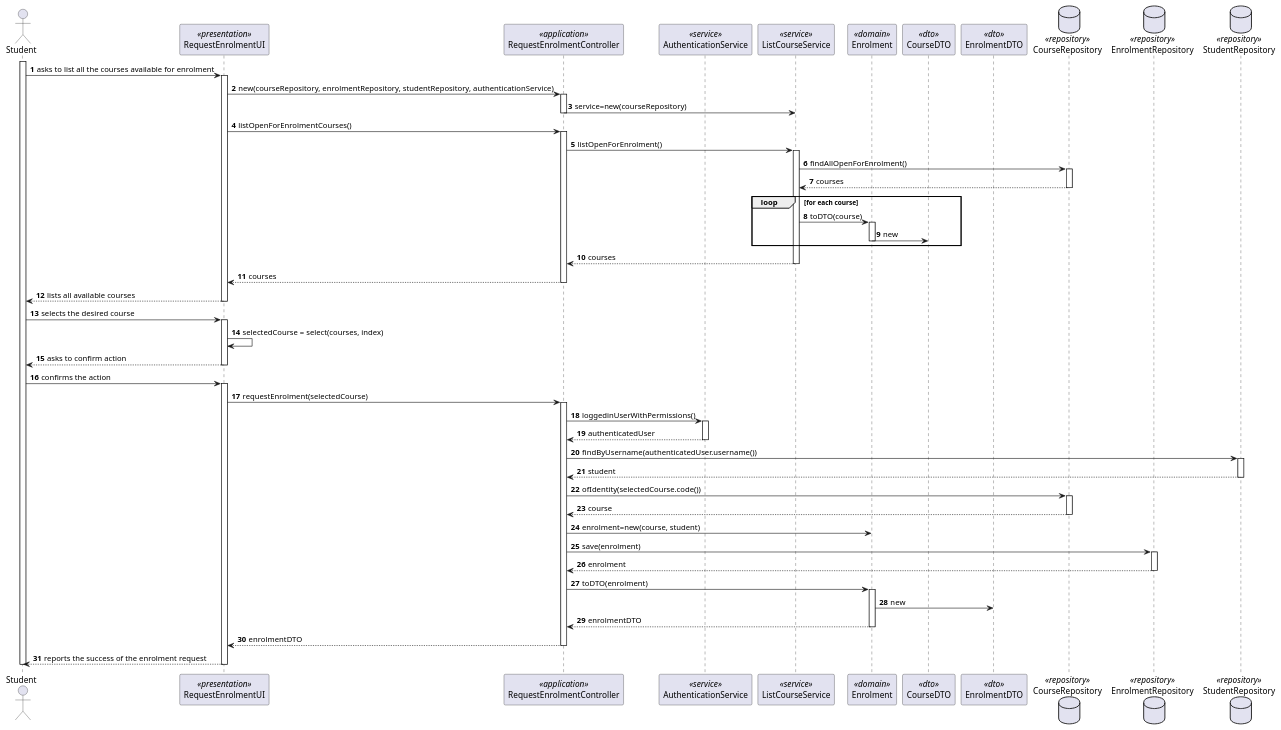
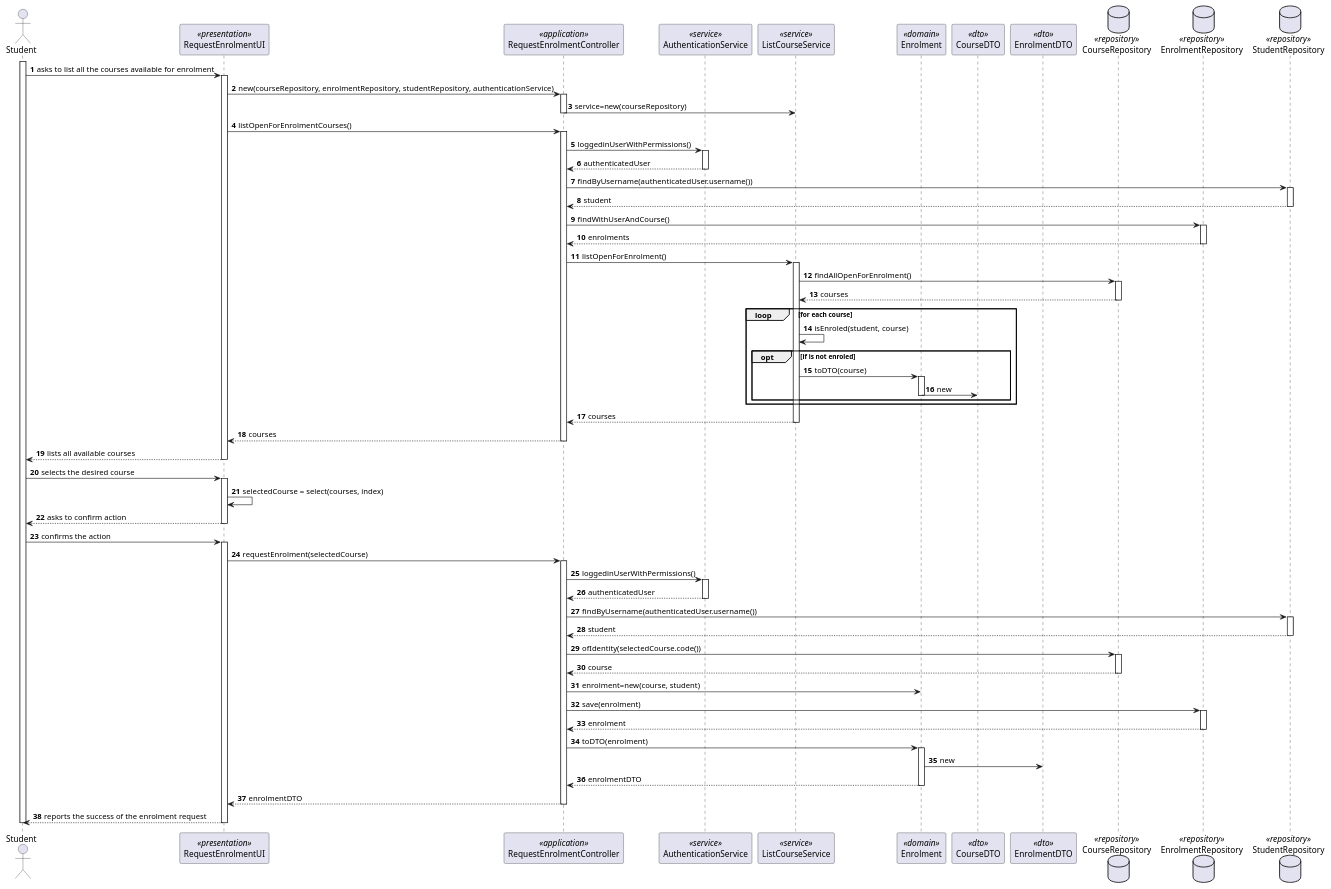
The diagram in docs/sprint-b/us14-1008/US1008_SD.puml (miseEnPlace-dev/lapr4), drawn with PlantUML before and after one commit. The commit also changed 1 other file, not shown here.

```diff
--- a/docs/sprint-b/us14-1008/US1008_SD.puml
+++ b/docs/sprint-b/us14-1008/US1008_SD.puml
@@ -1,91 +1,106 @@
 @startuml US1008_SD
 autonumber
 
 actor "Student" as S
 participant "RequestEnrolmentUI" as UI <<presentation>>
 participant "RequestEnrolmentController" as CTRL <<application>>
 participant "AuthenticationService" as AUTH <<service>>
 participant "ListCourseService" as SRV <<service>>
 participant "Enrolment" as E <<domain>>
 participant "CourseDTO" as DTO <<dto>>
 participant "EnrolmentDTO" as EDTO <<dto>>
 
 database CourseRepository as REP <<repository>>
 database EnrolmentRepository as EREP <<repository>>
 database StudentRepository as SREP <<repository>>
 
 activate S
 
 S -> UI : asks to list all the courses available for enrolment
 activate UI
 
 UI -> CTRL : new(courseRepository, enrolmentRepository, studentRepository, authenticationService)
 activate CTRL
 CTRL -> SRV : service=new(courseRepository)
 deactivate CTRL
 
 UI -> CTRL : listOpenForEnrolmentCourses()
 activate CTRL
+CTRL -> AUTH : loggedinUserWithPermissions()
+activate AUTH
+AUTH --> CTRL : authenticatedUser
+deactivate AUTH
+CTRL -> SREP : findByUsername(authenticatedUser.username())
+activate SREP
+SREP --> CTRL : student
+deactivate SREP
+CTRL -> EREP : findWithUserAndCourse()
+activate EREP
+EREP --> CTRL : enrolments
+deactivate EREP
 CTRL -> SRV : listOpenForEnrolment()
 activate SRV
 SRV -> REP : findAllOpenForEnrolment()
 activate REP
 REP --> SRV : courses
 deactivate REP
 
 loop for each course
-  SRV -> E : toDTO(course)
-  activate E
-  E -> DTO : new
-  deactivate E
+  SRV -> SRV : isEnroled(student, course)
+  opt if is not enroled
+    SRV -> E : toDTO(course)
+    activate E
+    E -> DTO : new
+    deactivate E
+  end opt
 end loop
 
 SRV --> CTRL : courses
 deactivate SRV
 CTRL --> UI : courses
 deactivate CTRL
 
 UI --> S : lists all available courses
 deactivate UI
 
 S -> UI : selects the desired course
 activate UI
 UI -> UI : selectedCourse = select(courses, index)
 UI --> S : asks to confirm action
 deactivate UI
 
 S -> UI : confirms the action
 activate UI
 UI -> CTRL : requestEnrolment(selectedCourse)
 activate CTRL
 CTRL -> AUTH : loggedinUserWithPermissions()
 activate AUTH
 AUTH --> CTRL : authenticatedUser
 deactivate AUTH
 CTRL -> SREP : findByUsername(authenticatedUser.username())
 activate SREP
 SREP --> CTRL : student
 deactivate SREP
 CTRL -> REP : ofIdentity(selectedCourse.code())
 activate REP
 REP --> CTRL : course
 deactivate REP
 CTRL -> E : enrolment=new(course, student)
 CTRL -> EREP : save(enrolment)
 activate EREP
 EREP --> CTRL : enrolment
 deactivate EREP
 CTRL -> E : toDTO(enrolment)
 activate E
 E -> EDTO : new
 E --> CTRL : enrolmentDTO
 deactivate E
 deactivate EREP
 CTRL --> UI : enrolmentDTO
 deactivate CTRL
 UI--> S : reports the success of the enrolment request
 deactivate UI
 
 deactivate S
 
 @enduml
```
